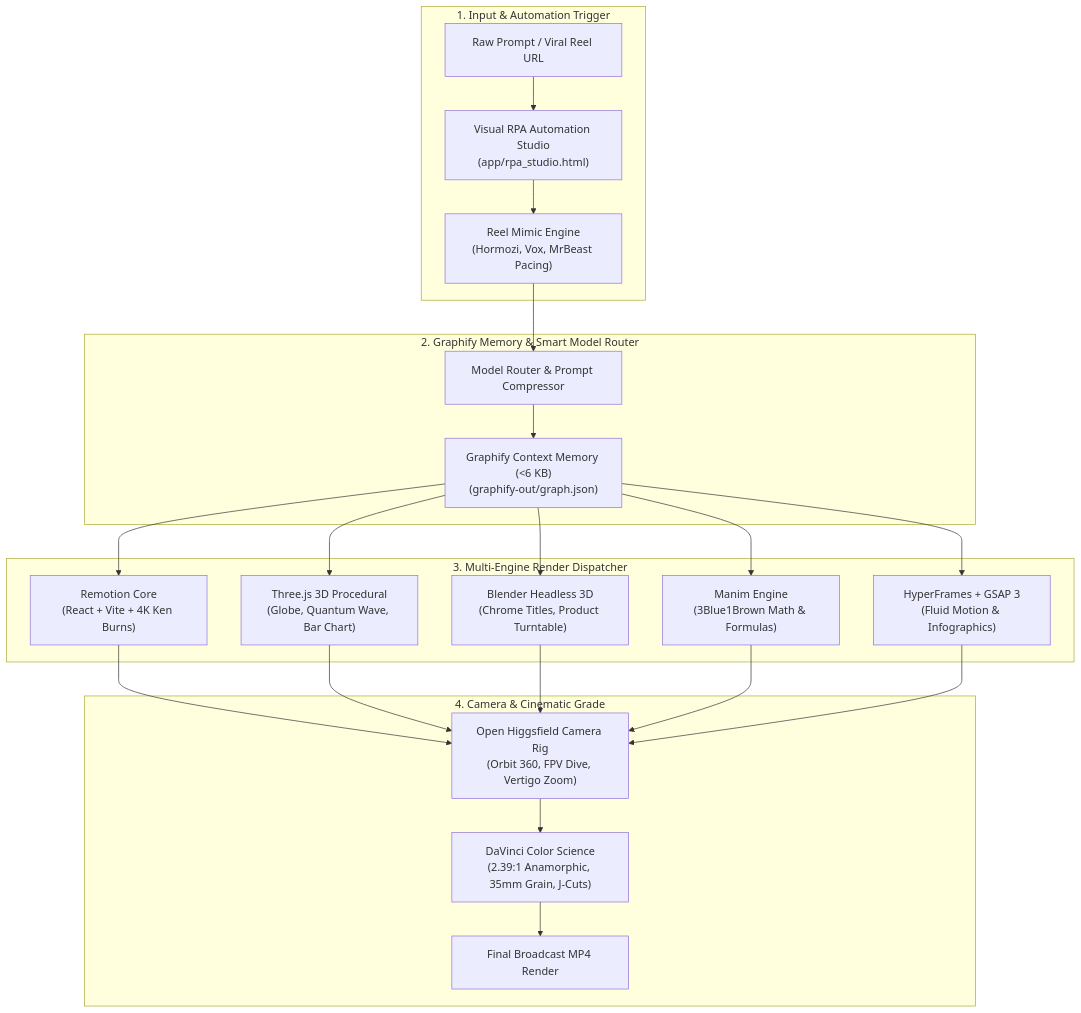
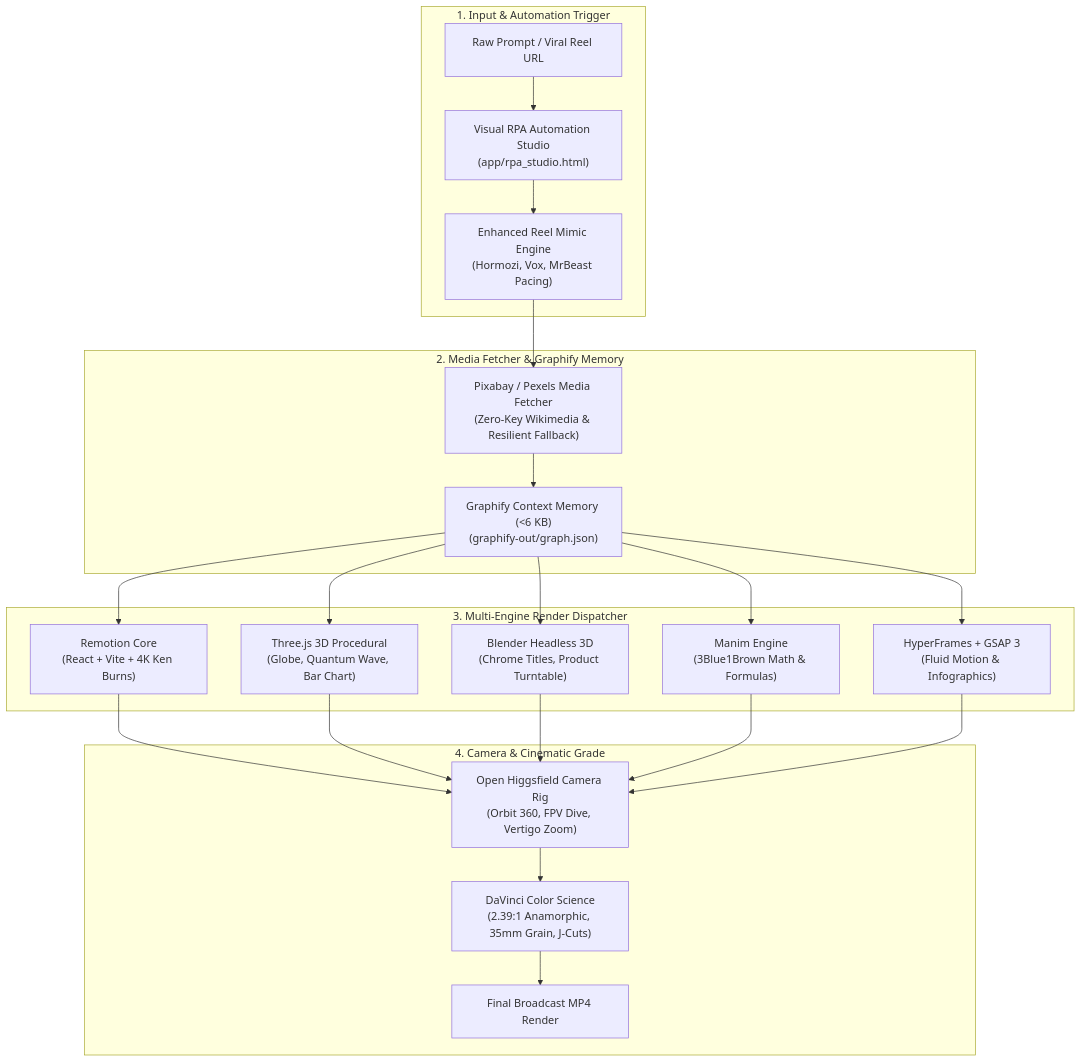
One commit to Bakulesh1Codes108/Complete-Local-Video-Studio-Engine- changed the diagram in README.md. Above: the diagram before and after it, drawn with Mermaid. The commit also changed other lines of this file and 16 other files, not shown here.

Commit message:
feat: add Pixabay/Pexels stock media fetcher and enhance Reel Mimic with crash-proof asset & memory sync

````diff
--- a/README.md
+++ b/README.md
@@ -27,30 +28,30 @@
 ```mermaid
 flowchart TD
     subgraph InputLayer ["1. Input & Automation Trigger"]
         Raw["Raw Prompt / Viral Reel URL"] --> RPA["Visual RPA Automation Studio<br>(app/rpa_studio.html)"]
-        RPA --> Mimic["Reel Mimic Engine<br>(Hormozi, Vox, MrBeast Pacing)"]
+        RPA --> Mimic["Enhanced Reel Mimic Engine<br>(Hormozi, Vox, MrBeast Pacing)"]
     end
 
-    subgraph MemoryAndRouting ["2. Graphify Memory & Smart Model Router"]
-        Mimic --> Router["Model Router & Prompt Compressor"]
-        Router --> Mem["Graphify Context Memory (<6 KB)<br>(graphify-out/graph.json)"]
+    subgraph MediaAndMemory ["2. Media Fetcher & Graphify Memory"]
+        Mimic --> Stock["Pixabay / Pexels Media Fetcher<br>(Zero-Key Wikimedia & Resilient Fallback)"]
+        Stock --> Mem["Graphify Context Memory (<6 KB)<br>(graphify-out/graph.json)"]
     end
 
     subgraph MultiEngines ["3. Multi-Engine Render Dispatcher"]
         Mem --> Rem["Remotion Core<br>(React + Vite + 4K Ken Burns)"]
         Mem --> Three["Three.js 3D Procedural<br>(Globe, Quantum Wave, Bar Chart)"]
         Mem --> Blen["Blender Headless 3D<br>(Chrome Titles, Product Turntable)"]
         Mem --> Man["Manim Engine<br>(3Blue1Brown Math & Formulas)"]
         Mem --> GSAP["HyperFrames + GSAP 3<br>(Fluid Motion & Infographics)"]
     end
 
-    subgraph PostProduction ["4. Camera & Cinematic Grade"]
+    subgraph CameraAndGrade ["4. Camera & Cinematic Grade"]
         Rem --> Higgs["Open Higgsfield Camera Rig<br>(Orbit 360, FPV Dive, Vertigo Zoom)"]
         Three --> Higgs
         Blen --> Higgs
         Man --> Higgs
         GSAP --> Higgs
         Higgs --> DaVinci["DaVinci Color Science<br>(2.39:1 Anamorphic, 35mm Grain, J-Cuts)"]
         DaVinci --> Final["Final Broadcast MP4 Render"]
     end
 ```
````
